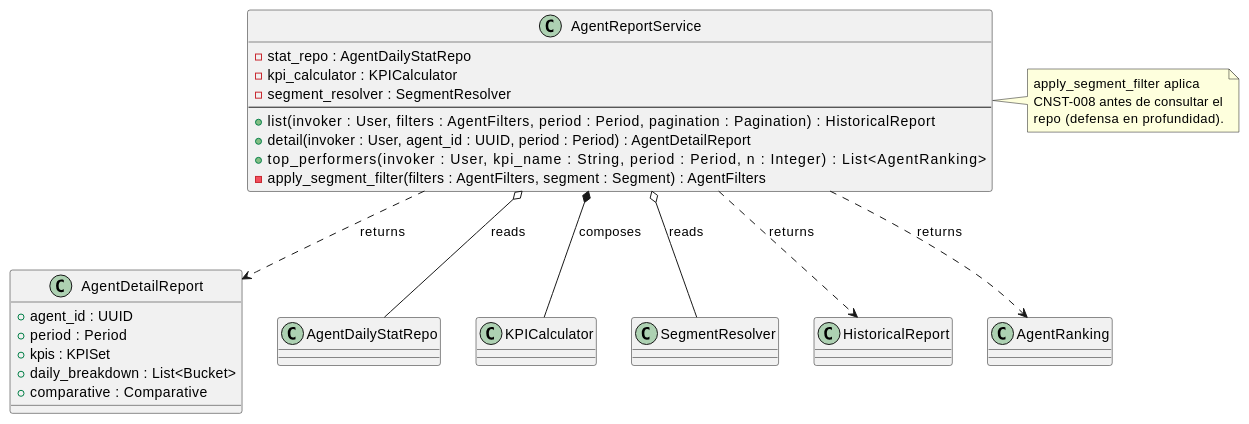
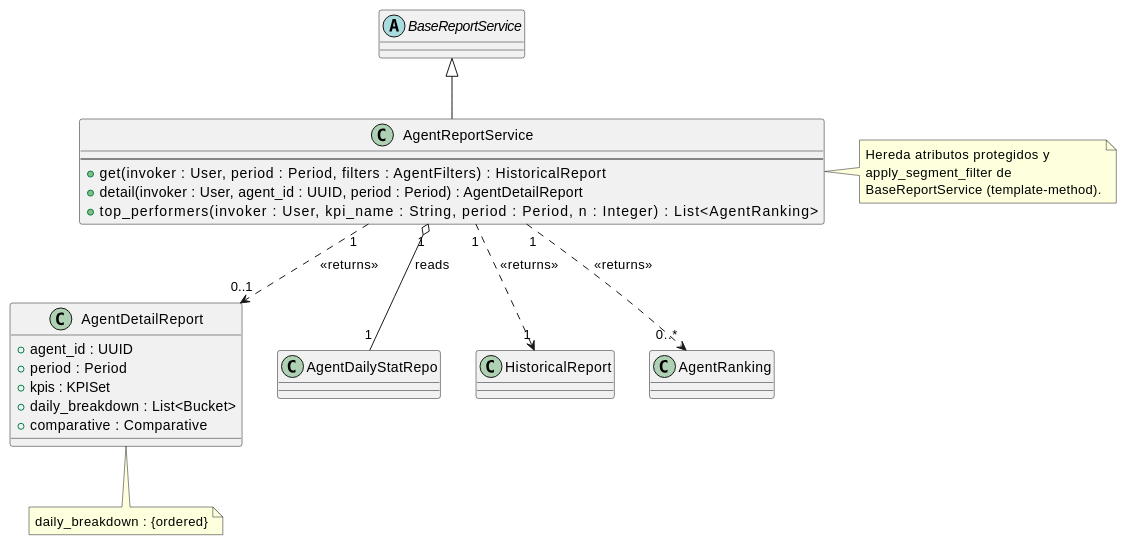
Before and after one commit to jcg-admin/IACT-docs: the diagram in source/arquitectura-tecnica/domain-model/agent-report-service.rst, drawn with PlantUML. The commit also changed 53 other files, not shown here.

First line of the commit message:
Apply UML rigor pass batch 1: RBAC core + Reports generalization

```diff
--- a/source/arquitectura-tecnica/domain-model/agent-report-service.rst
+++ b/source/arquitectura-tecnica/domain-model/agent-report-service.rst
@@ -28,47 +28,47 @@
 .. uml::
  :caption: Clase AgentReportService — orquestador del
            reporte de agentes con filtrado por segmento.
 
  @startuml
 
+ abstract class BaseReportService
+
  class AgentReportService {
-   - stat_repo : AgentDailyStatRepo
-   - kpi_calculator : KPICalculator
-   - segment_resolver : SegmentResolver
    --
-   + list(invoker : User, filters : AgentFilters, \
-          period : Period, pagination : Pagination) : HistoricalReport
+   + get(invoker : User, period : Period, \
+         filters : AgentFilters) : HistoricalReport
    + detail(invoker : User, agent_id : UUID, period : Period) : AgentDetailReport
    + top_performers(invoker : User, kpi_name : String, \
                      period : Period, n : Integer) : List<AgentRanking>
-   - apply_segment_filter(filters : AgentFilters, segment : Segment) : AgentFilters
  }
 
  class AgentDetailReport {
    + agent_id : UUID
    + period : Period
    + kpis : KPISet
    + daily_breakdown : List<Bucket>
    + comparative : Comparative
  }
 
  class AgentDailyStatRepo
- class KPICalculator
- class SegmentResolver
  class HistoricalReport
  class AgentRanking
 
- AgentReportService o-- AgentDailyStatRepo : reads
- AgentReportService *-- KPICalculator : composes
- AgentReportService o-- SegmentResolver : reads
- AgentReportService ..> HistoricalReport : returns
- AgentReportService ..> AgentDetailReport : returns
- AgentReportService ..> AgentRanking : returns
+ BaseReportService <|-- AgentReportService
+
+ AgentReportService "1" o-- "1" AgentDailyStatRepo : reads
+ AgentReportService "1" ..> "1" HistoricalReport : <<returns>>
+ AgentReportService "1" ..> "0..1" AgentDetailReport : <<returns>>
+ AgentReportService "1" ..> "0..*" AgentRanking : <<returns>>
+
+ note bottom of AgentDetailReport
+   daily_breakdown : {ordered}
+ end note
 
  note right of AgentReportService
-   apply_segment_filter aplica
-   CNST-008 antes de consultar el
-   repo (defensa en profundidad).
+   Hereda atributos protegidos y
+   apply_segment_filter de
+   BaseReportService (template-method).
  end note
 
  @enduml
```
